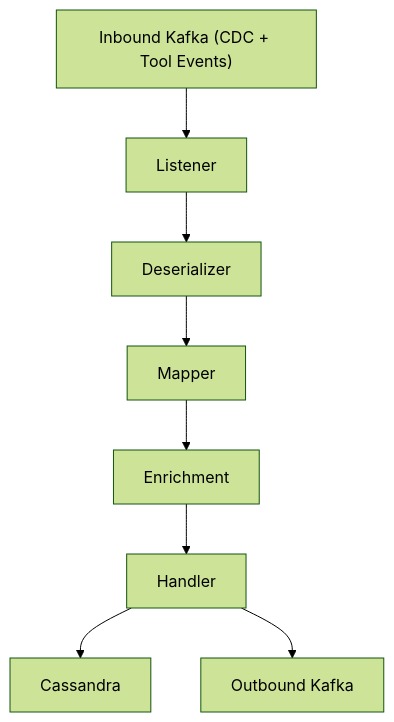
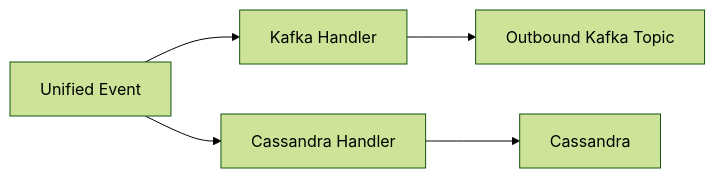
One commit to flamingo-stack/openframe-oss-lib changed the fifth of 7 diagrams in docs/reference/architecture/stream-processing-core/stream-processing-core.md. Above: the diagram before and after it, drawn with Mermaid (forest theme). The commit also changed other lines of this file and 172 other files, not shown here.

````diff
--- a/docs/reference/architecture/stream-processing-core/stream-processing-core.md
+++ b/docs/reference/architecture/stream-processing-core/stream-processing-core.md
@@ -296,11 +205,7 @@
 ```mermaid
-flowchart TD
-    KafkaIn["Inbound Kafka (CDC + Tool Events)"]
-    KafkaIn --> Listener
-    Listener --> Deserializer
-    Deserializer --> Mapper
-    Mapper --> Enrichment
-    Enrichment --> Handler
-    Handler --> CassandraOut["Cassandra"]
-    Handler --> KafkaOut["Outbound Kafka"]
+flowchart LR
+    UnifiedEvent["Unified Event"] --> KafkaHandler["Kafka Handler"]
+    UnifiedEvent --> CassandraHandler["Cassandra Handler"]
+    KafkaHandler --> KafkaTopic["Outbound Kafka Topic"]
+    CassandraHandler --> CassandraDB["Cassandra"]
 ```
````
